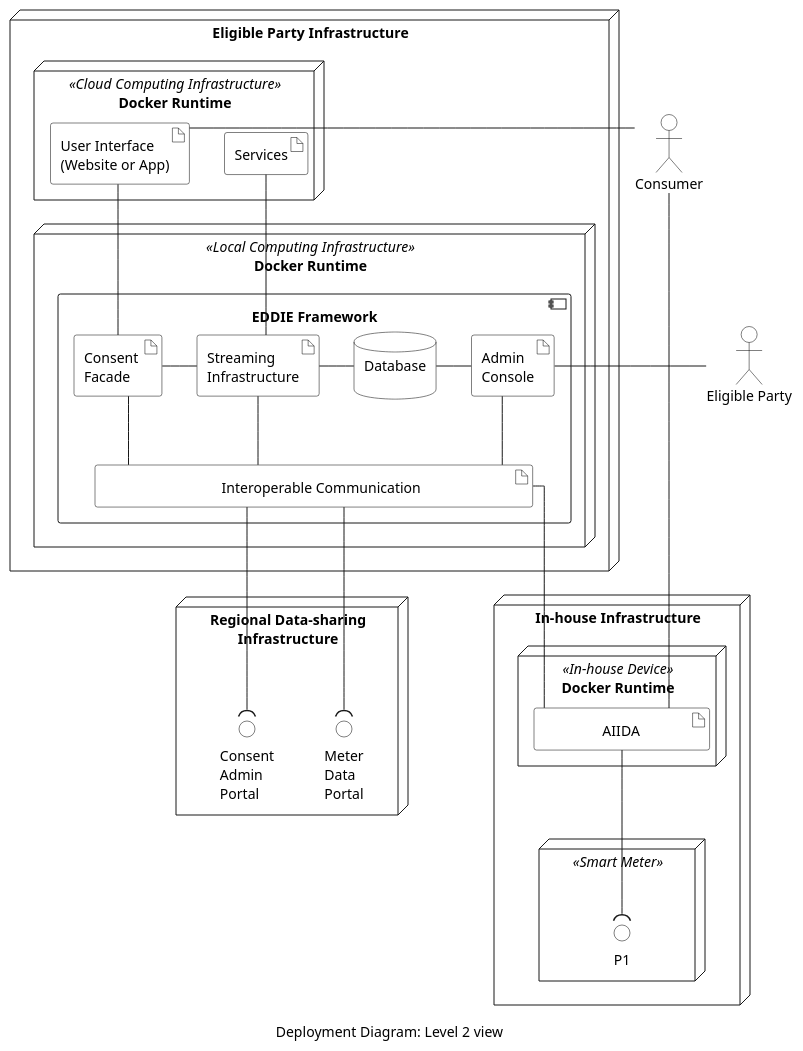
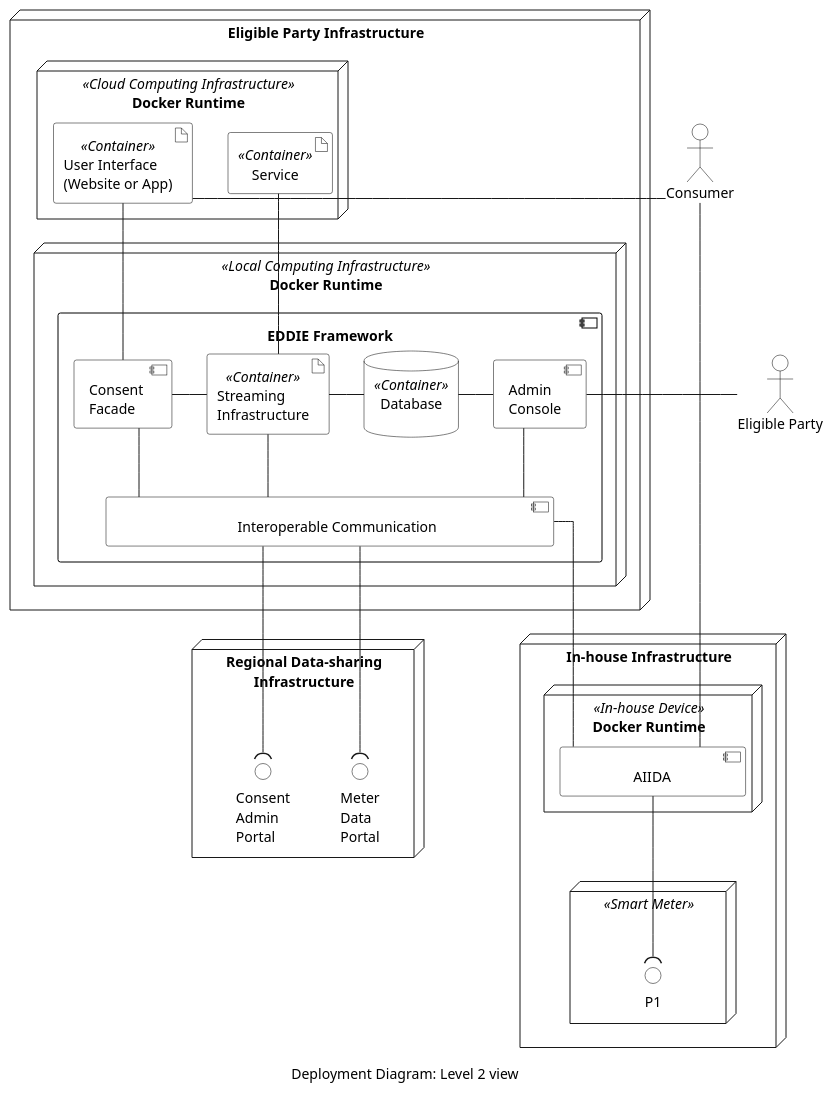
The diagram in arc42/07-deployment-view/figures/deployment-diagram-level-2.puml (eddie-energy/architecture), drawn with PlantUML before and after one commit. The commit also changed 10 other files, not shown here.

```diff
--- a/arc42/07-deployment-view/figures/deployment-diagram-level-2.puml
+++ b/arc42/07-deployment-view/figures/deployment-diagram-level-2.puml
@@ -1,82 +1,86 @@
 @startuml deployment-diagram-level-2
 'deployment diagram
 caption Deployment Diagram: Level 2 view
 
 skinparam linetype ortho
 skinparam interface {
   backgroundColor transparent
   borderColor black
 }
 skinparam artifact{
+  BorderColor black
+  BackgroundColor transparent
+}
+skinparam component{
   BorderColor black
   BackgroundColor transparent
 }
 skinparam actor{
   BorderColor black
   BackgroundColor transparent
 }
 skinparam database{
   BorderColor black
   BackgroundColor transparent
 }
 skinparam rectangle{
   BorderColor transparent
   BackgroundColor transparent
   FontColor transparent
 }
 
 node "Eligible Party Infrastructure" as epInfra{
   node "Docker Runtime" <<Local Computing Infrastructure>> as local {    
     component "EDDIE Framework" {
-    artifact "Consent \nFacade" as consentFacade
-    artifact "Streaming\nInfrastructure" as broker
-    database "Database\n" as database
-    artifact "Admin \nConsole" as adminConsole
-    artifact "\t\t\t\tInteroperable Communication\t\t\t\t" as comm
+    component "Consent \nFacade" as consentFacade
+    artifact "Streaming\nInfrastructure" <<Container>> as broker
+    database "Database\n" <<Container>> as database
+    component "Admin \nConsole" as adminConsole
+    component "\t\t\t\tInteroperable Communication\t\t\t\t" as comm
     }
   }
   node "Docker Runtime" <<Cloud Computing Infrastructure>> as cloud{
-    artifact "User Interface \n(Website or App)" as ui
-    artifact "Services" as services
+    artifact "User Interface\n(Website or App)" <<Container>>as ui
+    artifact "Service" <<Container>> as services
   }
 
   ui -down- consentFacade
   ui -[hidden]right- services
   consentFacade -right- broker
   broker -right- database
   broker -down- comm
   database -right-adminConsole
   broker -up- services
   adminConsole -down- comm
 
 }
 node "In-house Infrastructure" {
   node "Docker Runtime" <<In-house Device>> as house{
-    artifact "\t\tAIIDA\t\t" as aiida
+    component "\t\tAIIDA\t\t" as aiida
   }
   node " " <<Smart Meter>> as meter {
       interface "P1" as p1
   }
   aiida -down-( p1 : "\t"
 }
 
 node "Regional Data-sharing\nInfrastructure" as energyProvider {
   interface "Meter\nData\nPortal" as dataPortal
   interface "Consent\nAdmin\nPortal" as adminPortal
 }
 
 actor "Consumer" as consumer
 actor "Eligible Party" as admin
   admin -left- adminConsole
 
 consumer ---- aiida
 consumer - ui
 
 comm -down-( dataPortal
 comm -down-( adminPortal
 consentFacade -down- comm
 
 aiida -up- comm
 
 
 @enduml
```
